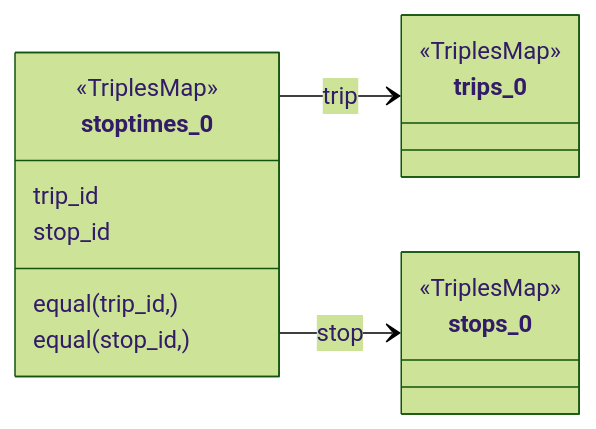
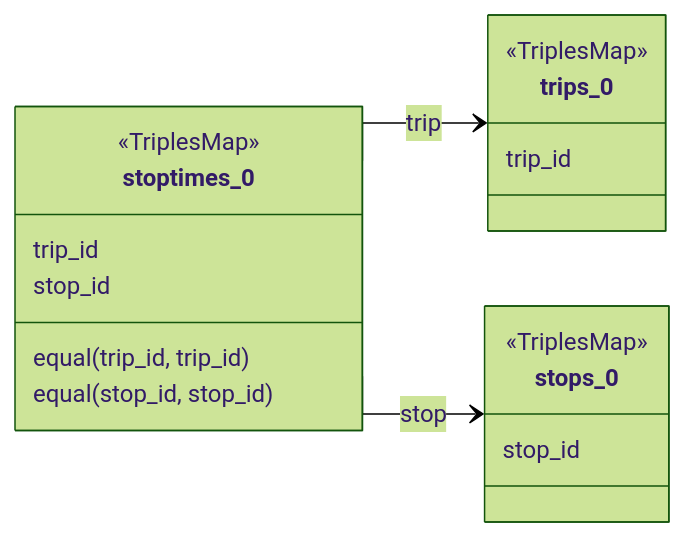
Before and after one commit to oeg-upm/rmldoc: the second of 26 diagrams in src/RDFMappingDocumentation/out.md, drawn with Mermaid. The commit also changed other lines of this file, not shown here.

````diff
--- a/src/RDFMappingDocumentation/out.md
+++ b/src/RDFMappingDocumentation/out.md
@@ -108,18 +108,18 @@
 ```mermaid
 %%{ init : { "theme" : "forest", "flowchart" : { "curve" : "stepBefore" }}}%%
 classDiagram
 direction LR
 stoptimes_0 --> trips_0 : trip
 stoptimes_0: trip_id
-stoptimes_0: equal(trip_id, )
-trips_0: 
+stoptimes_0: equal(trip_id, trip_id)
+trips_0: trip_id
 <<TriplesMap>> stoptimes_0 
 <<TriplesMap>> trips_0
 stoptimes_0 --> stops_0 : stop
 stoptimes_0: stop_id
-stoptimes_0: equal(stop_id, )
-stops_0: 
+stoptimes_0: equal(stop_id, stop_id)
+stops_0: stop_id
 <<TriplesMap>> stoptimes_0 
 <<TriplesMap>> stops_0
    
 ``` 
````
